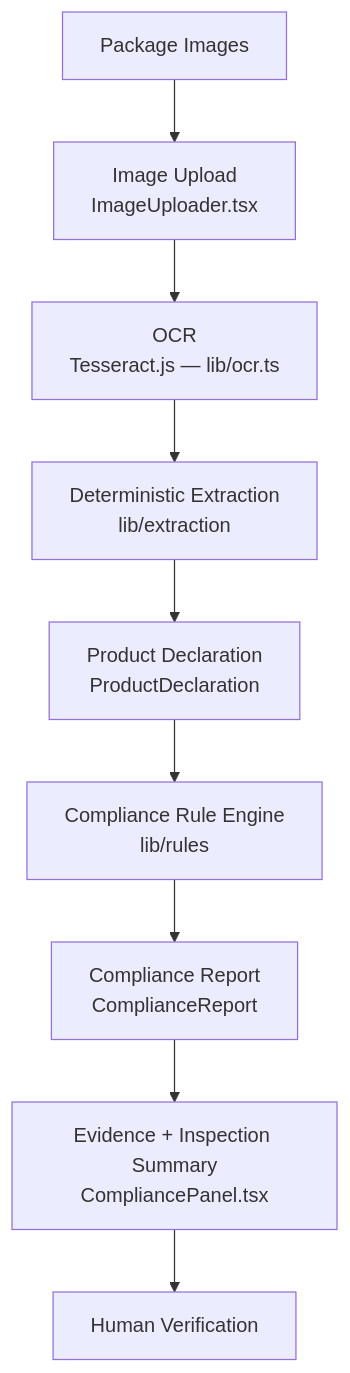
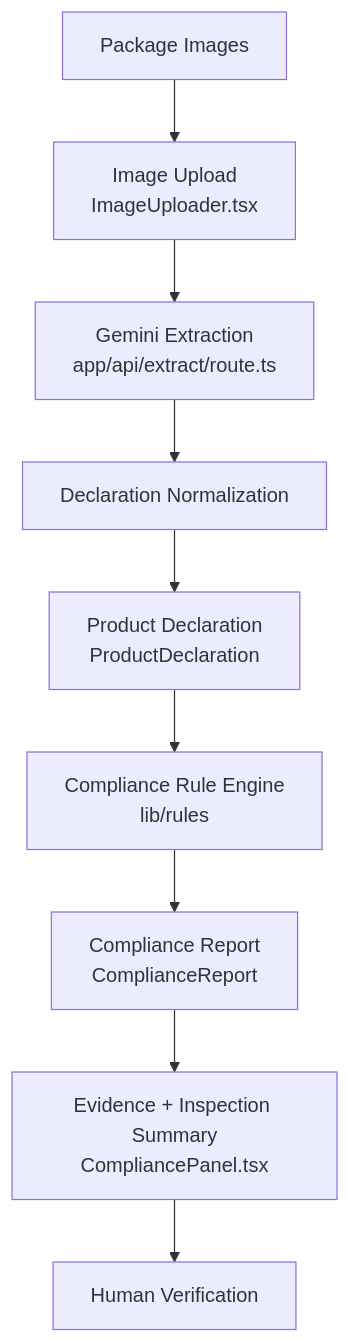
The diagram in docs/architecture.md (divya-a2437/metroscan), drawn with Mermaid before and after one commit. The commit also changed other lines of this file, not shown here.

Commit message:
docs: document contextual extraction fallback

````diff
--- a/docs/architecture.md
+++ b/docs/architecture.md
@@ -21,11 +21,11 @@
 ```mermaid
 flowchart TD
     A[Package Images] --> B[Image Upload<br/>ImageUploader.tsx]
-    B --> C[OCR<br/>Tesseract.js — lib/ocr.ts]
-    C --> D[Deterministic Extraction<br/>lib/extraction]
+    B --> C[Gemini Extraction<br/>app/api/extract/route.ts]
+    C --> D[Declaration Normalization]
     D --> E[Product Declaration<br/>ProductDeclaration]
     E --> F[Compliance Rule Engine<br/>lib/rules]
     F --> G[Compliance Report<br/>ComplianceReport]
     G --> H[Evidence + Inspection Summary<br/>CompliancePanel.tsx]
     H --> I[Human Verification]
 ```
````
